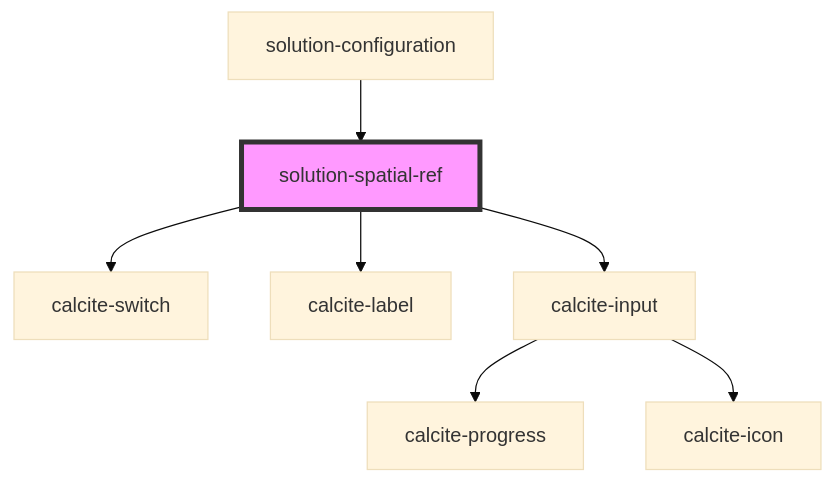
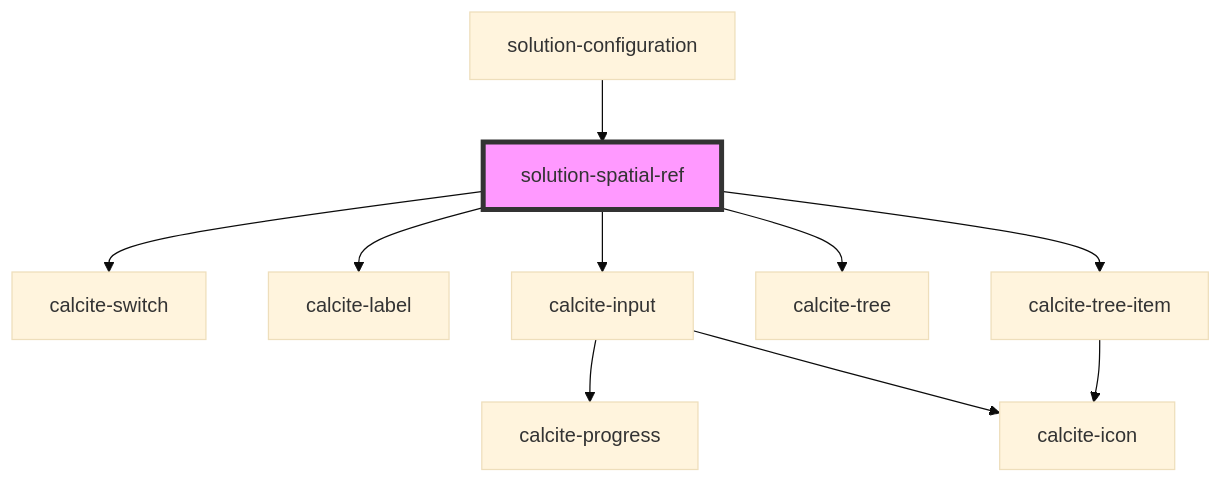
One commit to Esri/solutions-components changed the diagram in src/components/solution-spatial-ref/readme.md. Above: the diagram before and after it, drawn with Mermaid (base theme). The commit also changed other lines of this file and 7 other files, not shown here.

````diff
--- a/src/components/solution-spatial-ref/readme.md
+++ b/src/components/solution-spatial-ref/readme.md
@@ -67,10 +70,13 @@
 ```mermaid
 graph TD;
   solution-spatial-ref --> calcite-switch
   solution-spatial-ref --> calcite-label
   solution-spatial-ref --> calcite-input
+  solution-spatial-ref --> calcite-tree
+  solution-spatial-ref --> calcite-tree-item
   calcite-input --> calcite-progress
   calcite-input --> calcite-icon
+  calcite-tree-item --> calcite-icon
   solution-configuration --> solution-spatial-ref
   style solution-spatial-ref fill:#f9f,stroke:#333,stroke-width:4px
 ```
````
